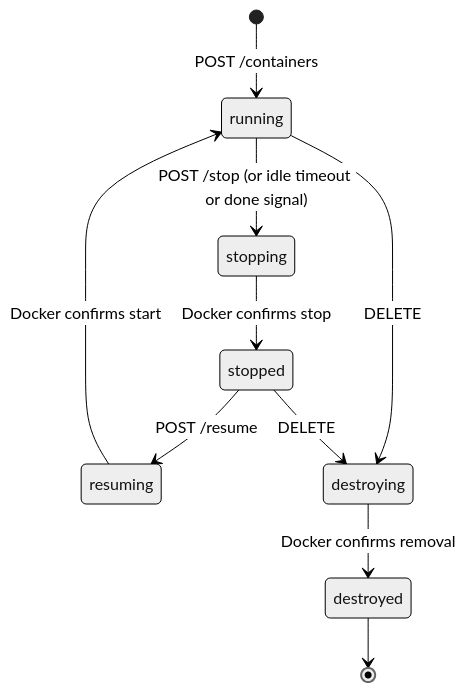
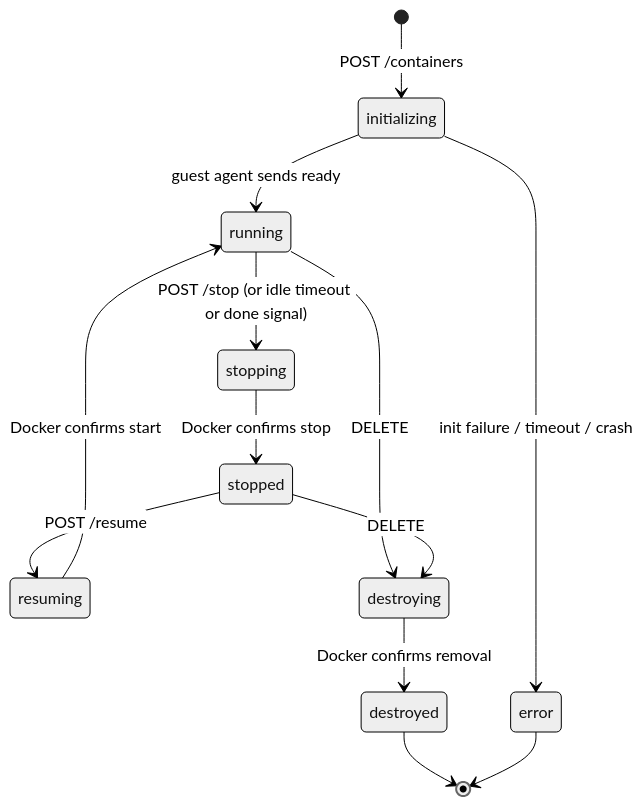
One commit to saibotsivad/drover changed the diagram in README.md. Above: the diagram before and after it, drawn with Mermaid (neutral theme). The commit also changed other lines of this file and 15 other files, not shown here.

````diff
--- a/README.md
+++ b/README.md
@@ -256,12 +260,15 @@
 ```mermaid
 stateDiagram-v2
-    [*] --> running: POST /containers
+    [*] --> initializing: POST /containers
+    initializing --> running: guest agent sends ready
+    initializing --> error: init failure / timeout / crash
     running --> stopping: POST /stop (or idle timeout or done signal)
     stopping --> stopped: Docker confirms stop
     stopped --> resuming: POST /resume
     resuming --> running: Docker confirms start
     running --> destroying: DELETE
     stopped --> destroying: DELETE
     destroying --> destroyed: Docker confirms removal
     destroyed --> [*]
+    error --> [*]
 ```
````
